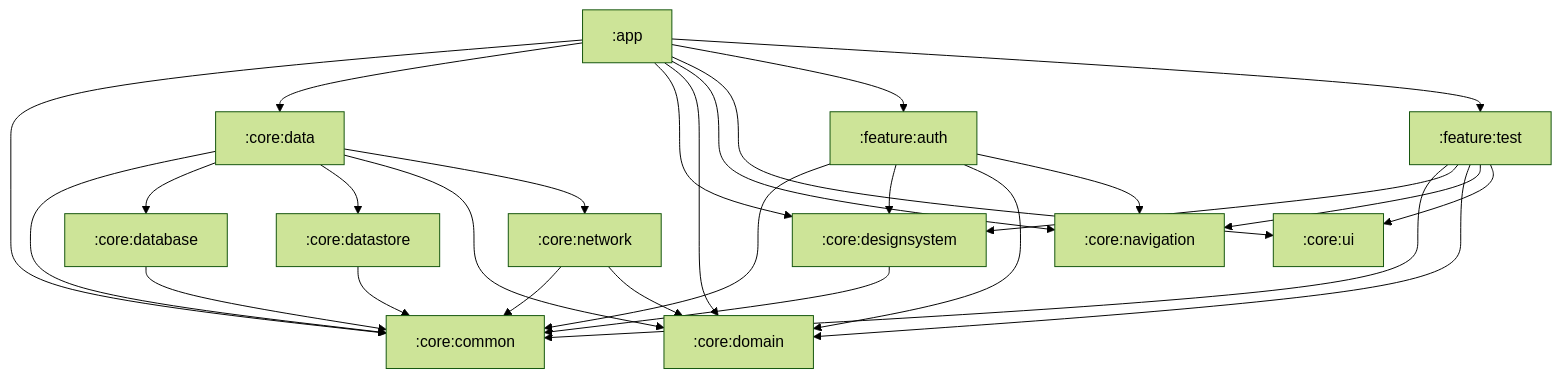
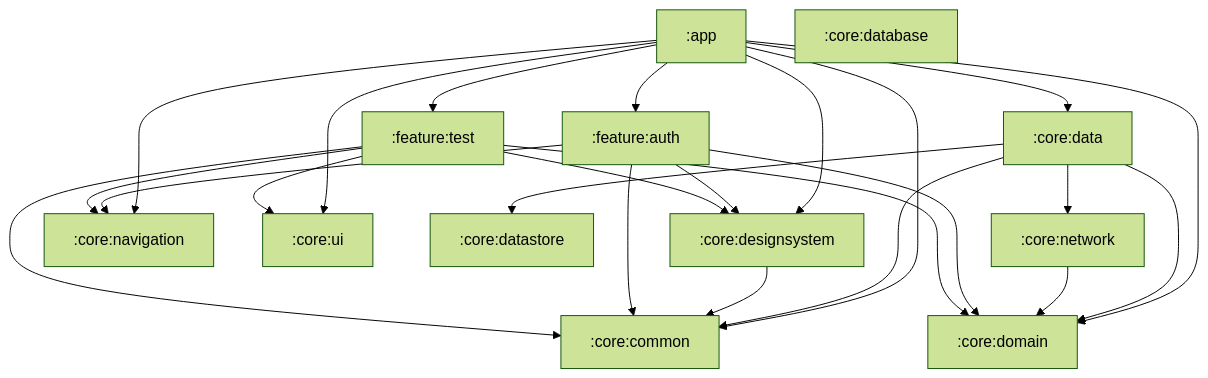
Before and after one commit to kkh725/Multi_Module_Template: the diagram in docs/module-deps.md, drawn with Mermaid (forest theme).

Commit message:
[piece-bot] update dependency graph [skip ci]

````diff
--- a/docs/module-deps.md
+++ b/docs/module-deps.md
@@ -1,42 +1,38 @@
 ```mermaid
 graph TD
     _app[":app"]
     _app --> _core_common
     _app --> _core_data
     _app --> _core_designsystem
     _app --> _core_domain
     _app --> _core_navigation
     _app --> _core_ui
     _app --> _feature_auth
     _app --> _feature_test
     _core_common[":core:common"]
     _core_data[":core:data"]
     _core_data --> _core_common
-    _core_data --> _core_database
     _core_data --> _core_datastore
     _core_data --> _core_domain
     _core_data --> _core_network
     _core_database[":core:database"]
-    _core_database --> _core_common
     _core_datastore[":core:datastore"]
-    _core_datastore --> _core_common
     _core_designsystem[":core:designsystem"]
     _core_designsystem --> _core_common
     _core_domain[":core:domain"]
     _core_navigation[":core:navigation"]
     _core_network[":core:network"]
-    _core_network --> _core_common
     _core_network --> _core_domain
     _core_ui[":core:ui"]
     _feature_auth[":feature:auth"]
     _feature_auth --> _core_common
     _feature_auth --> _core_designsystem
     _feature_auth --> _core_domain
     _feature_auth --> _core_navigation
     _feature_test[":feature:test"]
     _feature_test --> _core_common
     _feature_test --> _core_designsystem
     _feature_test --> _core_domain
     _feature_test --> _core_navigation
     _feature_test --> _core_ui
 ```
````
